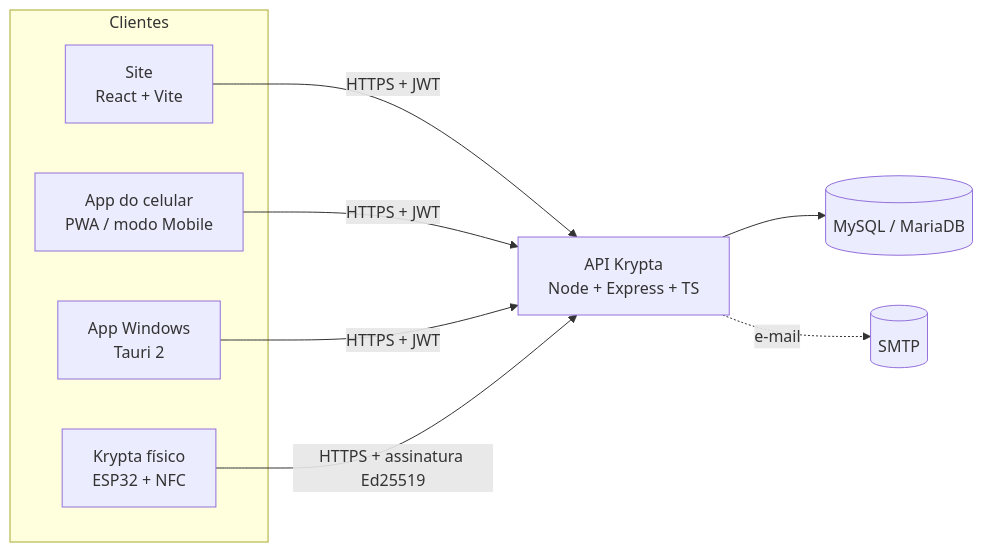
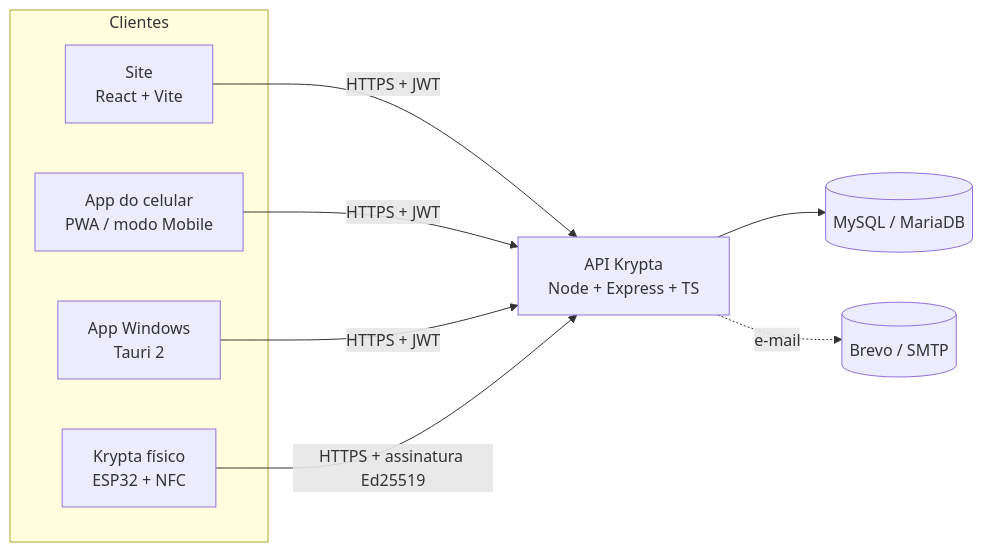
One commit to viniciugonzaga/Krypta changed the diagram in README.md. Above: the diagram before and after it, drawn with Mermaid. The commit also changed other lines of this file and 12 other files, not shown here.

````diff
--- a/README.md
+++ b/README.md
@@ -87,13 +89,13 @@
 ```mermaid
 flowchart LR
   subgraph Clientes
     W[Site<br/>React + Vite]
     P[App do celular<br/>PWA / modo Mobile]
     D[App Windows<br/>Tauri 2]
     E[Krypta físico<br/>ESP32 + NFC]
   end
   W & P & D -- HTTPS + JWT --> API
   E -- HTTPS + assinatura Ed25519 --> API
   API[API Krypta<br/>Node + Express + TS] --> DB[(MySQL / MariaDB)]
-  API -. e-mail .-> SMTP[(SMTP)]
+  API -. e-mail .-> MAIL[(Brevo / SMTP)]
 ```
````
